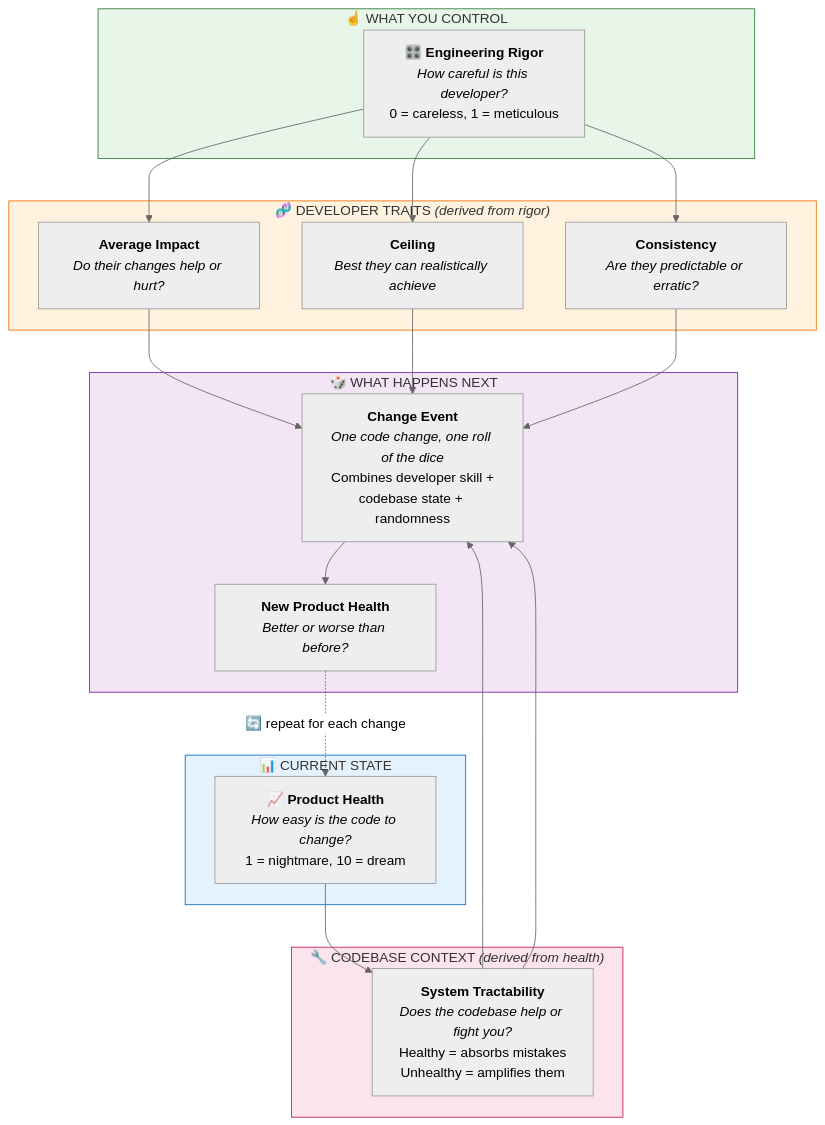
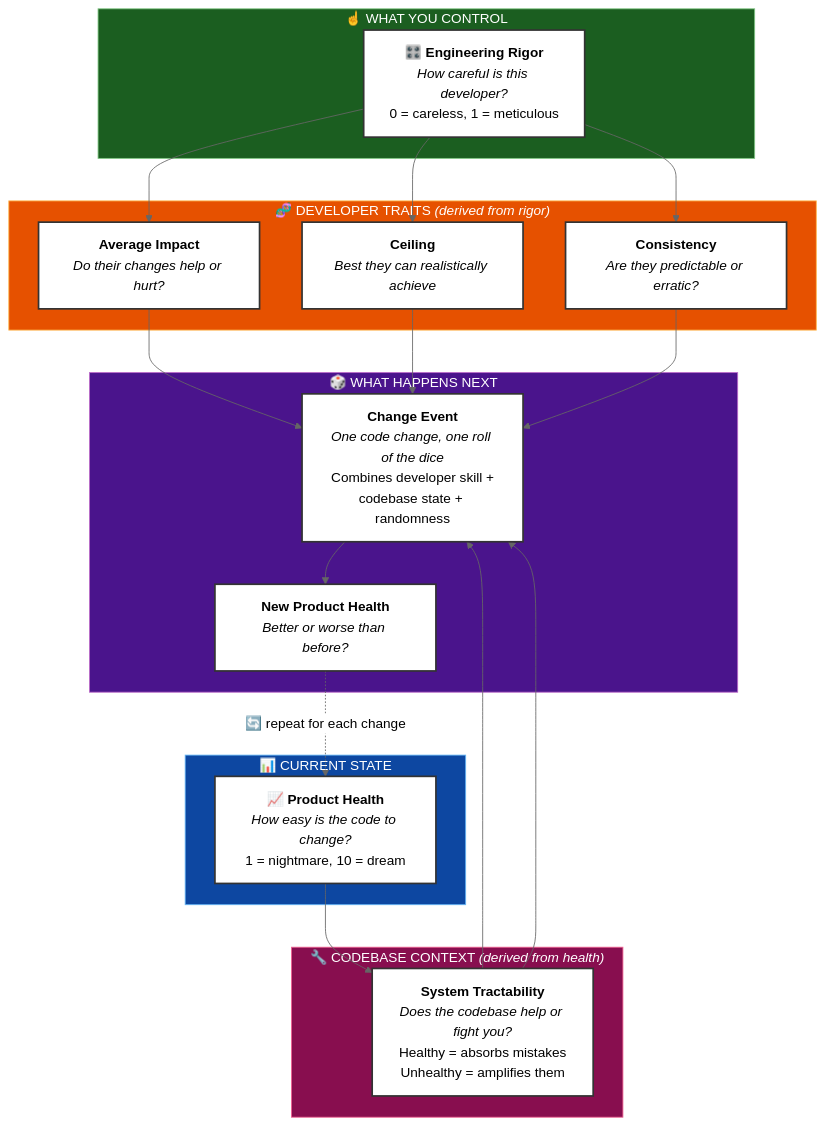
One commit to dawid-dahl-umain/product-health-dynamics changed the diagram in README.md. Above: the diagram before and after it, drawn with Mermaid (neutral theme).

Commit message:
docs: improve README styling for flowchart elements to enhance visibility and clarity

````diff
--- a/README.md
+++ b/README.md
@@ -64,38 +64,43 @@
 ```mermaid
 flowchart TD
     subgraph inputs [" ☝️ WHAT YOU CONTROL"]
         ER["🎛️ <b>Engineering Rigor</b><br/><i>How careful is this developer?</i><br/>0 = careless, 1 = meticulous"]
     end
 
     subgraph state [" 📊 CURRENT STATE"]
         PH["📈 <b>Product Health</b><br/><i>How easy is the code to change?</i><br/>1 = nightmare, 10 = dream"]
     end
 
     subgraph traits [" 🧬 DEVELOPER TRAITS <i>(derived from rigor)</i>"]
         BI["<b>Average Impact</b><br/><i>Do their changes help or hurt?</i>"]
         BS["<b>Consistency</b><br/><i>Are they predictable or erratic?</i>"]
         MH["<b>Ceiling</b><br/><i>Best they can realistically achieve</i>"]
     end
 
     subgraph context [" 🔧 CODEBASE CONTEXT <i>(derived from health)</i>"]
         SS["<b>System Tractability</b><br/><i>Does the codebase help or fight you?</i><br/>Healthy = absorbs mistakes<br/>Unhealthy = amplifies them"]
     end
 
     subgraph outcome [" 🎲 WHAT HAPPENS NEXT"]
         CE["<b>Change Event</b><br/><i>One code change, one roll of the dice</i><br/>Combines developer skill +<br/>codebase state + randomness"]
         NPH["<b>New Product Health</b><br/><i>Better or worse than before?</i>"]
     end
 
     ER --> BI & BS & MH
     PH --> SS
     BI & SS & MH --> CE
     BS & SS --> CE
     CE --> NPH
     NPH -.->|"🔄 repeat for each change"| PH
 
-    style inputs fill:#e8f5e9,stroke:#2e7d32
-    style state fill:#e3f2fd,stroke:#1565c0
-    style traits fill:#fff3e0,stroke:#ef6c00
-    style context fill:#fce4ec,stroke:#c2185b
-    style outcome fill:#f3e5f5,stroke:#7b1fa2
+    %% Darker backgrounds for better contrast with white text
+    style inputs fill:#1b5e20,stroke:#81c784,color:#fff
+    style state fill:#0d47a1,stroke:#64b5f6,color:#fff
+    style traits fill:#e65100,stroke:#ffb74d,color:#fff
+    style context fill:#880e4f,stroke:#f06292,color:#fff
+    style outcome fill:#4a148c,stroke:#ba68c8,color:#fff
+
+    %% Explicitly style nodes for clarity
+    classDef nodeStyle fill:#fff,stroke:#333,color:#000,stroke-width:2px
+    class ER,PH,BI,BS,MH,SS,CE,NPH nodeStyle
 ```
````
